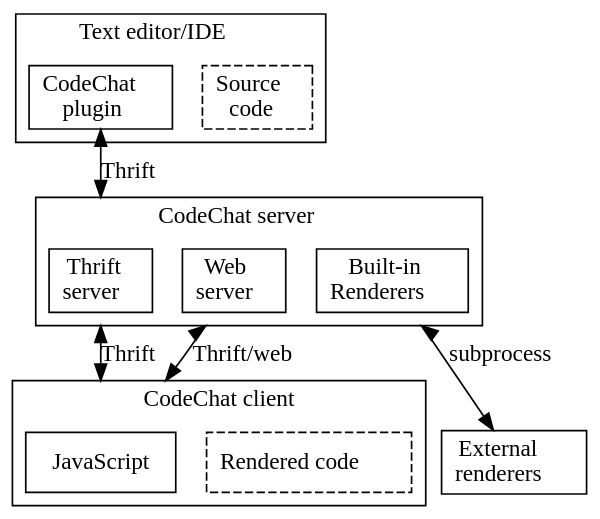
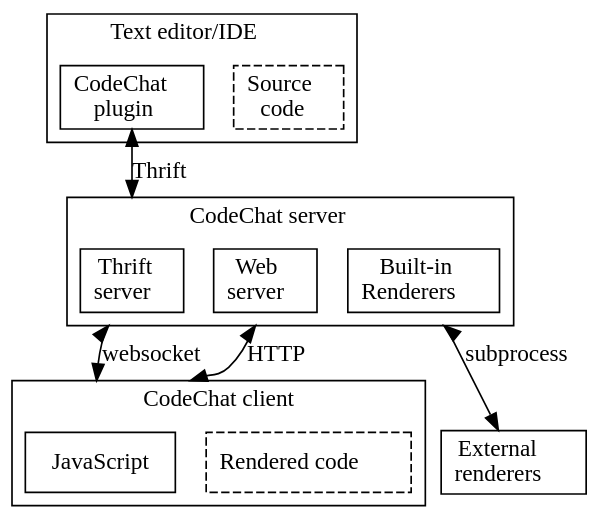
One commit to mrsuman2002/A_modular_Plugin-CodeChat changed the diagram in index.rst. Above: the diagram before and after it, drawn with Graphviz. The commit also changed 23 other files, not shown here.

Commit message:
Refactor: Switch to using a websocket instead of Thrift for the server / CodeChat client connection.

```diff
--- a/index.rst
+++ b/index.rst
@@ -5,30 +5,30 @@
 .. digraph:: architecture
 
     bgcolor = transparent;
     compound = true;
     node [shape = box];
     subgraph cluster_text_editor {
         label = <Text editor/IDE>;
         source_code [label = <Source<br />code>, style = dashed];
         CodeChat_plugin [label = <CodeChat<br />plugin>];
     }
 
     subgraph cluster_server {
         label = <CodeChat server>;
         thrift_server [label = <Thrift<br />server>];
         web_server [label = <Web <br />server>];
         renderers [label = <Built-in<br />Renderers>];
     }
 
     external_renderers [label = <External <br />renderers>];
 
     subgraph cluster_client {
         label = "CodeChat client";
         rendered_code [label = <Rendered code>, style = dashed];
         JavaScript;
     }
 
     CodeChat_plugin -> thrift_server [label = <Thrift>, dir = both, lhead = cluster_server];
-    thrift_server -> JavaScript [label = <Thrift>, dir = both, lhead = cluster_client, ltail = cluster_server];
-    web_server -> JavaScript [label = <Thrift/web>, dir = both, lhead = cluster_client, ltail = cluster_server];
+    thrift_server -> JavaScript [label = <websocket>, dir = both, lhead = cluster_client, ltail = cluster_server];
+    web_server -> JavaScript [label = <HTTP>, dir = both, lhead = cluster_client, ltail = cluster_server];
     renderers -> external_renderers [label = <subprocess>, ltail = cluster_server, dir = both];
```
